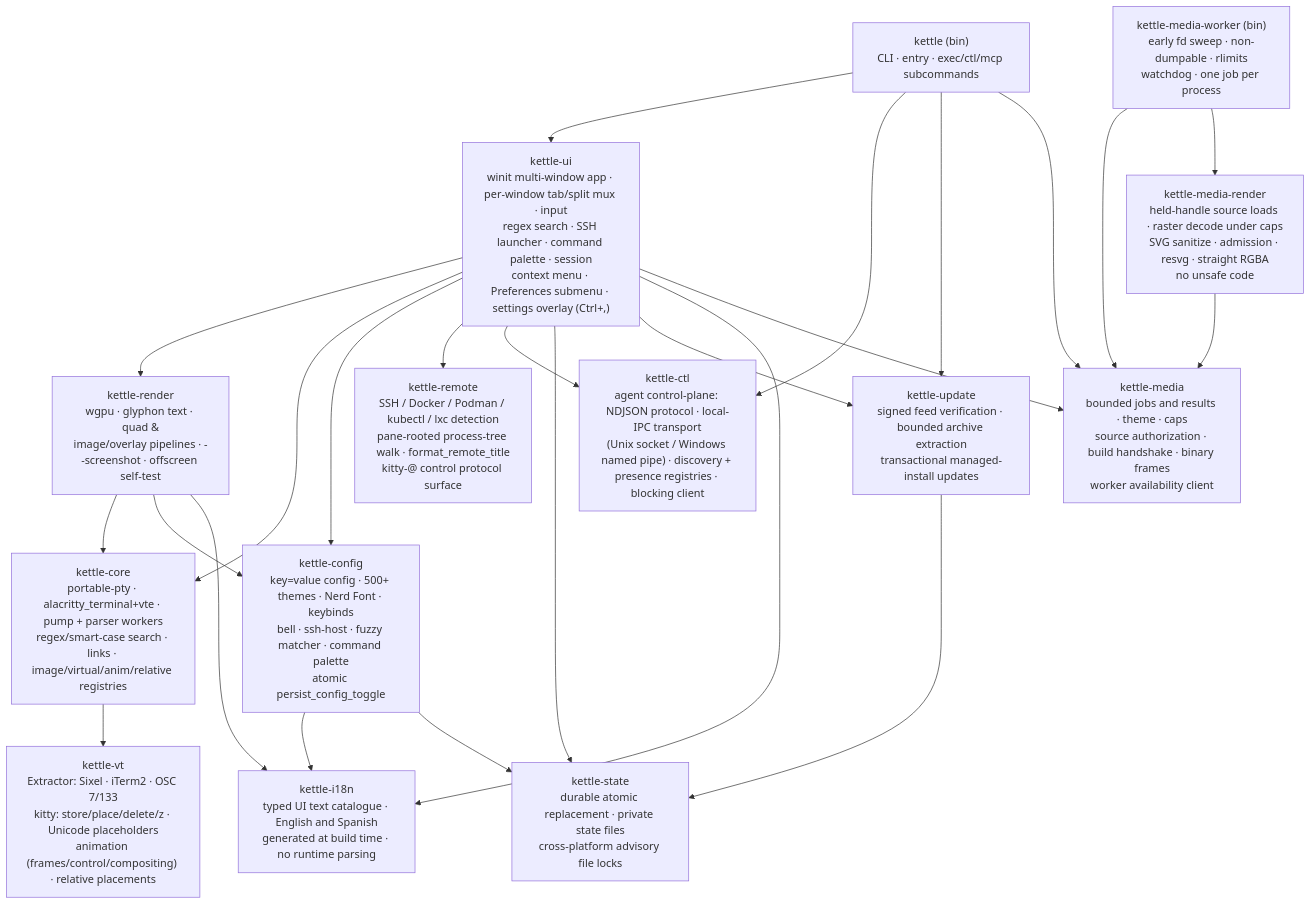
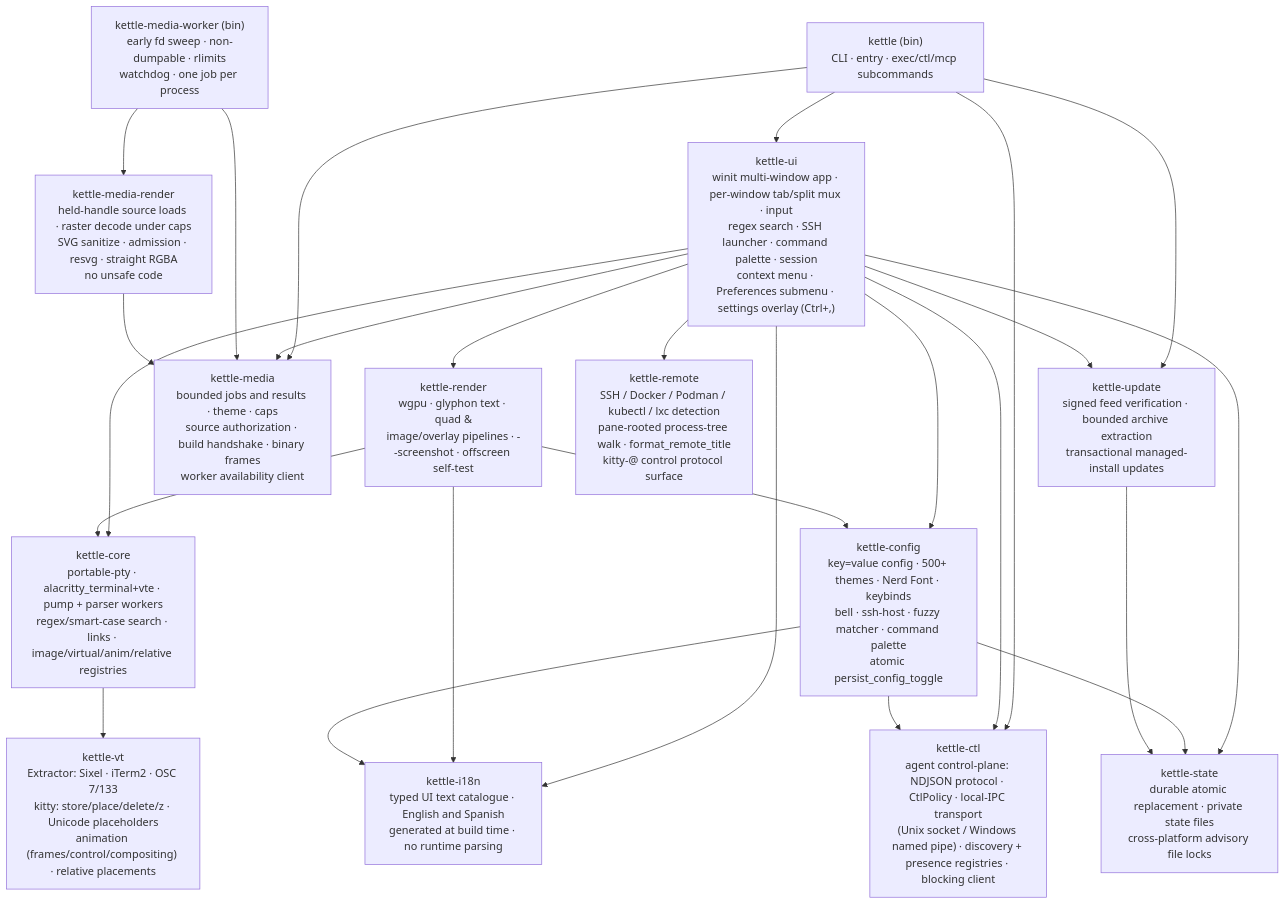
Before and after one commit to Reddimus/kettle: the first of 11 diagrams in docs/ARCHITECTURE.md, drawn with Mermaid. The commit also changed other lines of this file and 24 other files, not shown here.

````diff
--- a/docs/ARCHITECTURE.md
+++ b/docs/ARCHITECTURE.md
@@ -10,32 +10,33 @@
 ```mermaid
 graph TD
     bin["kettle (bin)<br/>CLI · entry · exec/ctl/mcp subcommands"] --> ui
     bin --> ctl
     bin --> update
     bin --> media
     ui["kettle-ui<br/>winit multi-window app · per-window tab/split mux · input<br/>regex search · SSH launcher · command palette · session<br/>context menu · Preferences submenu · settings overlay (Ctrl+,)"] --> render
     ui --> core
     ui --> cfg
     ui --> remote
     ui --> ctl
     ui --> state
     ui --> update
     ui --> i18n
     ui --> media
     i18n["kettle-i18n<br/>typed UI text catalogue · English and Spanish<br/>generated at build time · no runtime parsing"]
-    ctl["kettle-ctl<br/>agent control-plane: NDJSON protocol · local-IPC transport<br/>(Unix socket / Windows named pipe) · discovery + presence registries · blocking client"]
+    ctl["kettle-ctl<br/>agent control-plane: NDJSON protocol · CtlPolicy · local-IPC transport<br/>(Unix socket / Windows named pipe) · discovery + presence registries · blocking client"]
     render["kettle-render<br/>wgpu · glyphon text · quad &<br/>image/overlay pipelines · --screenshot · offscreen self-test"] --> core
     render --> cfg
     render --> i18n
     core["kettle-core<br/>portable-pty · alacritty_terminal+vte · pump + parser workers<br/>regex/smart-case search · links · image/virtual/anim/relative registries"] --> vt
     cfg --> i18n
+    cfg --> ctl
     cfg["kettle-config<br/>key=value config · 500+ themes · Nerd Font · keybinds<br/>bell · ssh-host · fuzzy matcher · command palette<br/>atomic persist_config_toggle"] --> state
     vt["kettle-vt<br/>Extractor: Sixel · iTerm2 · OSC 7/133<br/>kitty: store/place/delete/z · Unicode placeholders<br/>animation (frames/control/compositing) · relative placements"]
     remote["kettle-remote<br/>SSH / Docker / Podman / kubectl / lxc detection<br/>pane-rooted process-tree walk · format_remote_title<br/>kitty-@ control protocol surface"]
     update["kettle-update<br/>signed feed verification · bounded archive extraction<br/>transactional managed-install updates"] --> state
     state["kettle-state<br/>durable atomic replacement · private state files<br/>cross-platform advisory file locks"]
     media["kettle-media<br/>bounded jobs and results · theme · caps<br/>source authorization · build handshake · binary frames<br/>worker availability client"]
     worker["kettle-media-worker (bin)<br/>early fd sweep · non-dumpable · rlimits<br/>watchdog · one job per process"] --> media
     worker --> mrender
     mrender["kettle-media-render<br/>held-handle source loads · raster decode under caps<br/>SVG sanitize · admission · resvg · straight RGBA<br/>no unsafe code"] --> media
 ```
````
